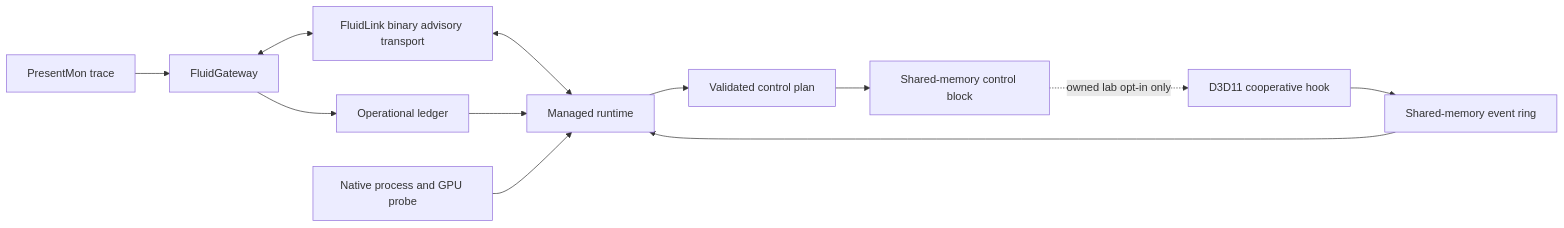
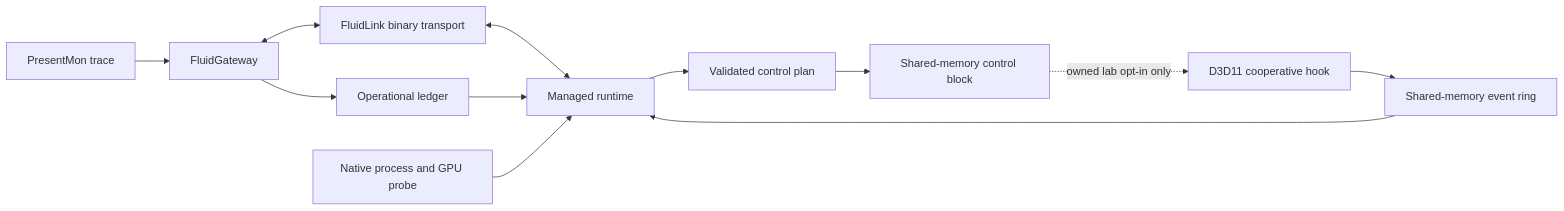
One commit to maxhuntert1414-max/FluidRuntime changed the diagram in docs/architecture.md. Above: the diagram before and after it, drawn with Mermaid. The commit also changed other lines of this file and 33 other files, not shown here.

````diff
--- a/docs/architecture.md
+++ b/docs/architecture.md
@@ -8,14 +8,14 @@
 ```mermaid
 flowchart LR
     PM[PresentMon trace] --> FG[FluidGateway]
     FG --> L[Operational ledger]
-    FG <--> FL[FluidLink binary advisory transport]
+    FG <--> FL[FluidLink binary transport]
     FL <--> MR[Managed runtime]
     L --> MR
     NP[Native process and GPU probe] --> MR
     D3D[D3D11 cooperative hook] --> R[Shared-memory event ring]
     R --> MR
     MR --> P[Validated control plan]
     P --> C[Shared-memory control block]
     C -. owned lab opt-in only .-> D3D
 ```
````
